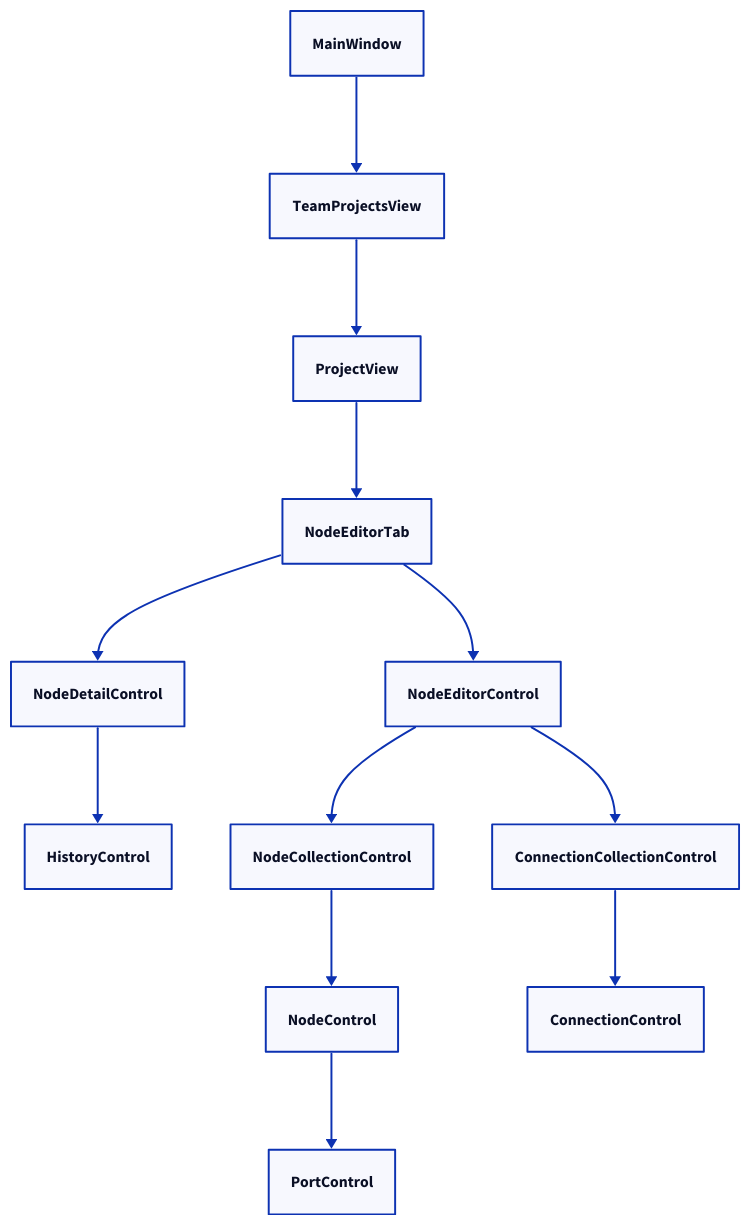
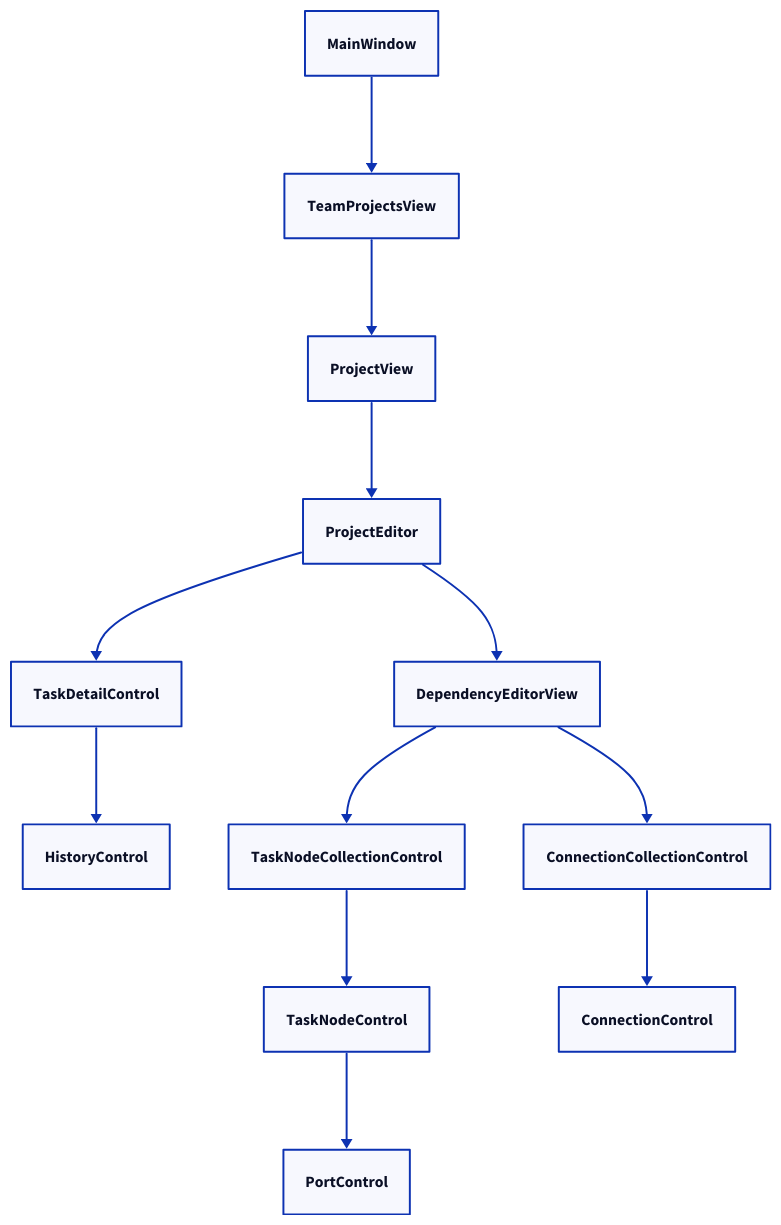
Before and after one commit to WhiteCatMonar/WcmScheduler: the second of 5 diagrams in documentation/task_editor_spec.md, drawn with D2. The commit also changed other lines of this file and 90 other files, not shown here.

````diff
--- a/documentation/task_editor_spec.md
+++ b/documentation/task_editor_spec.md
@@ -375,18 +380,18 @@
 ```d2
 direction: down
 
 MainWindow -> TeamProjectsView
 TeamProjectsView -> ProjectView
-ProjectView -> NodeEditorTab
+ProjectView -> ProjectEditor
 
-NodeEditorTab -> NodeEditorControl
-NodeEditorTab -> NodeDetailControl
-NodeDetailControl -> HistoryControl
+ProjectEditor -> DependencyEditorView
+ProjectEditor -> TaskDetailControl
+TaskDetailControl -> HistoryControl
 
-NodeEditorControl -> NodeCollectionControl
-NodeCollectionControl -> NodeControl
-NodeControl -> PortControl
+DependencyEditorView -> TaskNodeCollectionControl
+TaskNodeCollectionControl -> TaskNodeControl
+TaskNodeControl -> PortControl
 
-NodeEditorControl -> ConnectionCollectionControl
+DependencyEditorView -> ConnectionCollectionControl
 ConnectionCollectionControl -> ConnectionControl
 ```
````
